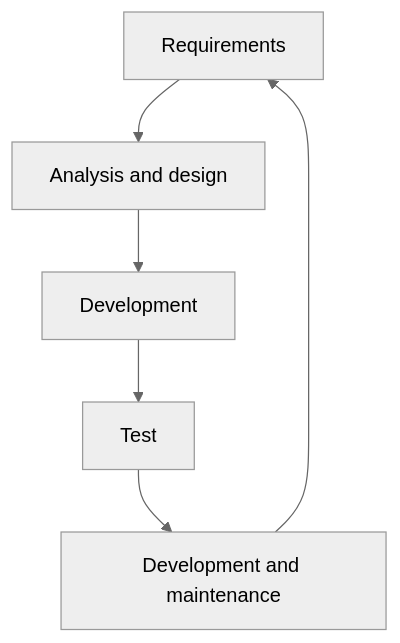
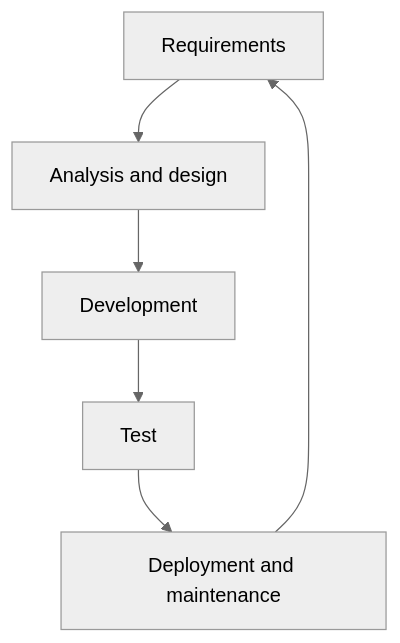
The first of 7 diagrams in docs/introductions/sdlc_tools.md (UPPMAX/programming_formalisms), drawn with Mermaid (neutral theme) before and after one commit. The commit also changed other lines of this file, not shown here.

Commit message:
sdlc_tools.md development --> deployment

````diff
--- a/docs/introductions/sdlc_tools.md
+++ b/docs/introductions/sdlc_tools.md
@@ -56,4 +56,4 @@
 ``` mermaid
 flowchart 
-    Requirements --> A["Analysis and design"] --> Development --> Test --> D["Development and maintenance"] --> Requirements
+    Requirements --> A["Analysis and design"] --> Development --> Test --> D["Deployment and maintenance"] --> Requirements
 ```
````
